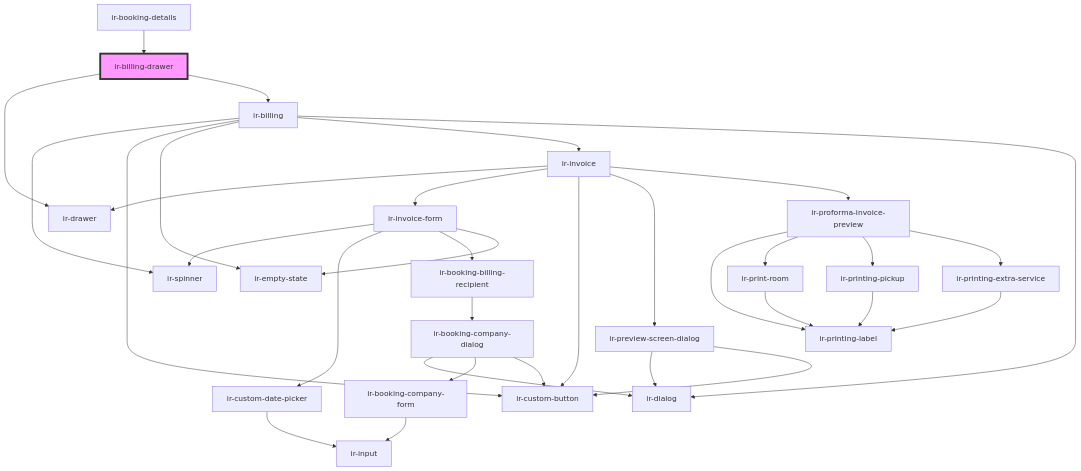
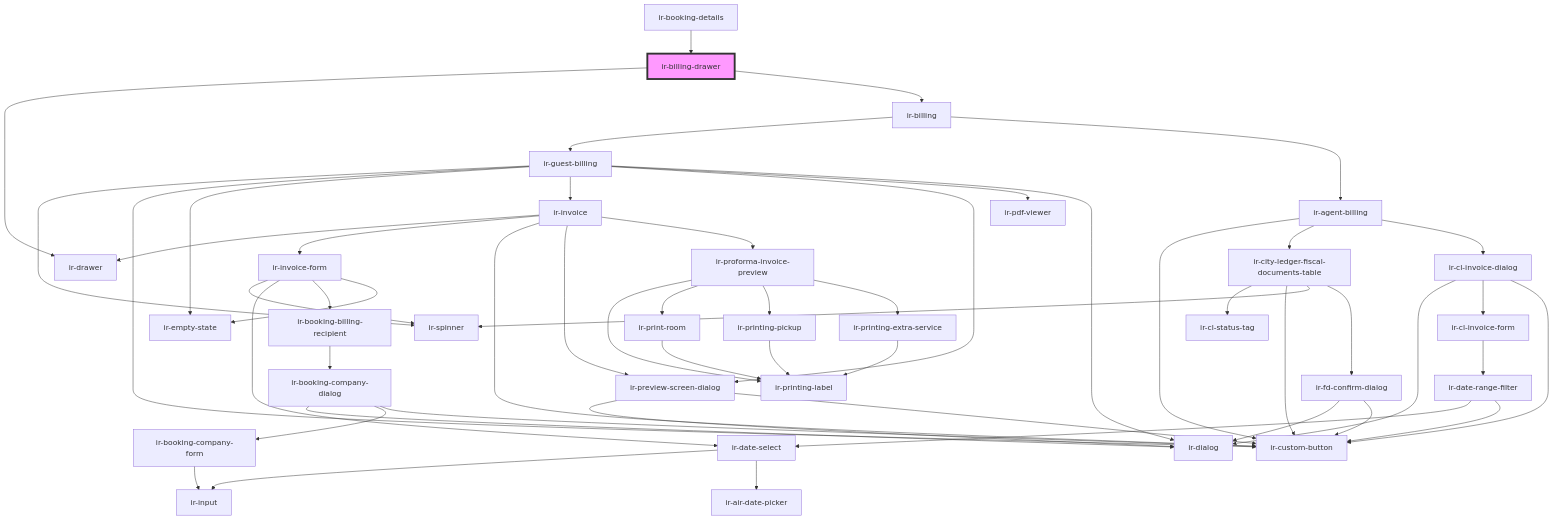
One commit to RonyRizk/ir-webcmp changed the diagram in src/components/ir-billing/ir-billing-drawer/readme.md. Above: the diagram before and after it, drawn with Mermaid. The commit also changed other lines of this file and 586 other files, not shown here.

````diff
--- a/src/components/ir-billing/ir-billing-drawer/readme.md
+++ b/src/components/ir-billing/ir-billing-drawer/readme.md
@@ -35,36 +37,56 @@
 ```mermaid
 graph TD;
   ir-billing-drawer --> ir-drawer
   ir-billing-drawer --> ir-billing
-  ir-billing --> ir-spinner
-  ir-billing --> ir-custom-button
-  ir-billing --> ir-empty-state
-  ir-billing --> ir-invoice
-  ir-billing --> ir-dialog
+  ir-billing --> ir-guest-billing
+  ir-billing --> ir-agent-billing
+  ir-guest-billing --> ir-spinner
+  ir-guest-billing --> ir-custom-button
+  ir-guest-billing --> ir-empty-state
+  ir-guest-billing --> ir-invoice
+  ir-guest-billing --> ir-preview-screen-dialog
+  ir-guest-billing --> ir-pdf-viewer
+  ir-guest-billing --> ir-dialog
   ir-invoice --> ir-drawer
   ir-invoice --> ir-invoice-form
   ir-invoice --> ir-custom-button
   ir-invoice --> ir-preview-screen-dialog
   ir-invoice --> ir-proforma-invoice-preview
   ir-invoice-form --> ir-spinner
-  ir-invoice-form --> ir-custom-date-picker
+  ir-invoice-form --> ir-date-select
   ir-invoice-form --> ir-booking-billing-recipient
   ir-invoice-form --> ir-empty-state
-  ir-custom-date-picker --> ir-input
+  ir-date-select --> ir-input
+  ir-date-select --> ir-air-date-picker
   ir-booking-billing-recipient --> ir-booking-company-dialog
   ir-booking-company-dialog --> ir-dialog
   ir-booking-company-dialog --> ir-booking-company-form
   ir-booking-company-dialog --> ir-custom-button
   ir-booking-company-form --> ir-input
   ir-preview-screen-dialog --> ir-dialog
   ir-preview-screen-dialog --> ir-custom-button
   ir-proforma-invoice-preview --> ir-printing-label
   ir-proforma-invoice-preview --> ir-print-room
   ir-proforma-invoice-preview --> ir-printing-pickup
   ir-proforma-invoice-preview --> ir-printing-extra-service
   ir-print-room --> ir-printing-label
   ir-printing-pickup --> ir-printing-label
   ir-printing-extra-service --> ir-printing-label
+  ir-agent-billing --> ir-custom-button
+  ir-agent-billing --> ir-city-ledger-fiscal-documents-table
+  ir-agent-billing --> ir-cl-invoice-dialog
+  ir-city-ledger-fiscal-documents-table --> ir-cl-status-tag
+  ir-city-ledger-fiscal-documents-table --> ir-custom-button
+  ir-city-ledger-fiscal-documents-table --> ir-spinner
+  ir-city-ledger-fiscal-documents-table --> ir-fd-confirm-dialog
+  ir-fd-confirm-dialog --> ir-dialog
+  ir-fd-confirm-dialog --> ir-custom-button
+  ir-cl-invoice-dialog --> ir-dialog
+  ir-cl-invoice-dialog --> ir-cl-invoice-form
+  ir-cl-invoice-dialog --> ir-custom-button
+  ir-cl-invoice-form --> ir-date-range-filter
+  ir-date-range-filter --> ir-date-select
+  ir-date-range-filter --> ir-custom-button
   ir-booking-details --> ir-billing-drawer
   style ir-billing-drawer fill:#f9f,stroke:#333,stroke-width:4px
 ```
````
